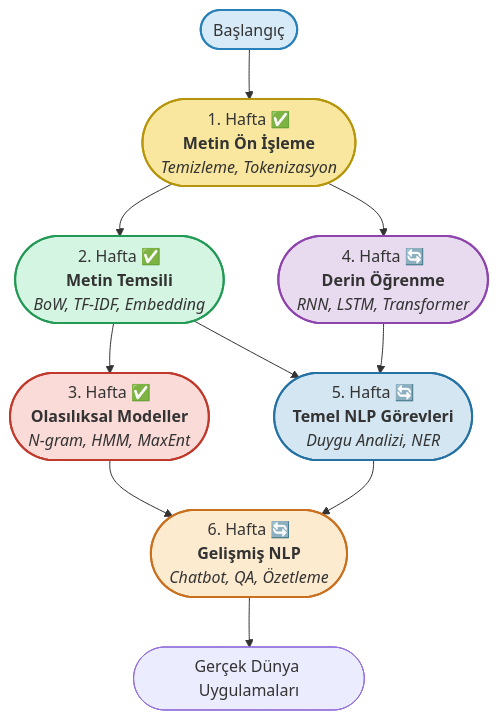
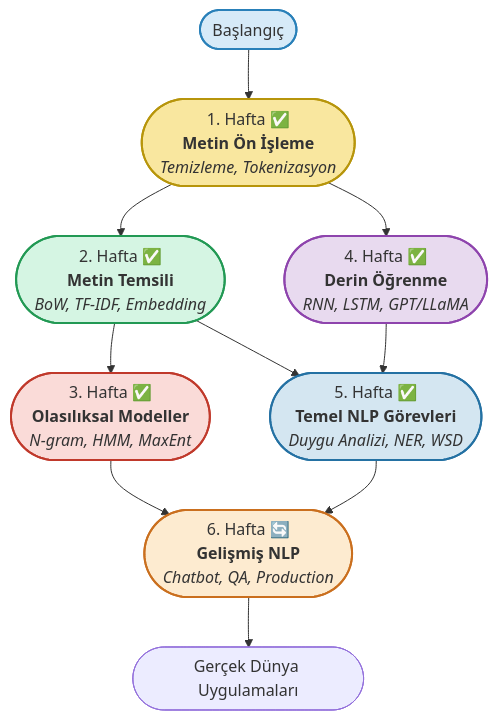
One commit to cemal-yuksel/nlp-bootcamp-zero-to-hero changed the diagram in README.md. Above: the diagram before and after it, drawn with Mermaid. The commit also changed other lines of this file, not shown here.

````diff
--- a/README.md
+++ b/README.md
@@ -70,29 +70,29 @@
 ```mermaid
 flowchart TB
     style A1 fill:#D6EAF8,stroke:#2980B9,stroke-width:2px
     style B1 fill:#F9E79F,stroke:#B7950B,stroke-width:2px
     style B2 fill:#D5F5E3,stroke:#229954,stroke-width:2px
     style B3 fill:#FADBD8,stroke:#C0392B,stroke-width:2px
     style B4 fill:#E8DAEF,stroke:#8E44AD,stroke-width:2px
     style B5 fill:#D4E6F1,stroke:#2471A3,stroke-width:2px
     style B6 fill:#FDEBD0,stroke:#CA6F1E,stroke-width:2px
     A1([Başlangıç])
     B1([1. Hafta ✅<br><b>Metin Ön İşleme</b><br><i>Temizleme, Tokenizasyon</i>])
     B2([2. Hafta ✅<br><b>Metin Temsili</b><br><i>BoW, TF-IDF, Embedding</i>])
     B3([3. Hafta ✅<br><b>Olasılıksal Modeller</b><br><i>N-gram, HMM, MaxEnt</i>])
-    B4([4. Hafta 🔄<br><b>Derin Öğrenme</b><br><i>RNN, LSTM, Transformer</i>])
-    B5([5. Hafta 🔄<br><b>Temel NLP Görevleri</b><br><i>Duygu Analizi, NER</i>])
-    B6([6. Hafta 🔄<br><b>Gelişmiş NLP</b><br><i>Chatbot, QA, Özetleme</i>])
+    B4([4. Hafta ✅<br><b>Derin Öğrenme</b><br><i>RNN, LSTM, GPT/LLaMA</i>])
+    B5([5. Hafta ✅<br><b>Temel NLP Görevleri</b><br><i>Duygu Analizi, NER, WSD</i>])
+    B6([6. Hafta 🔄<br><b>Gelişmiş NLP</b><br><i>Chatbot, QA, Production</i>])
     Z1([Gerçek Dünya Uygulamaları])
 
     %% Grid bağlantıları
     A1 --> B1
     B1 --> B2
     B2 --> B3
     B1 --> B4
     B2 --> B5
     B3 --> B6
     B4 --> B5
     B5 --> B6
     B6 --> Z1
 ```
````
